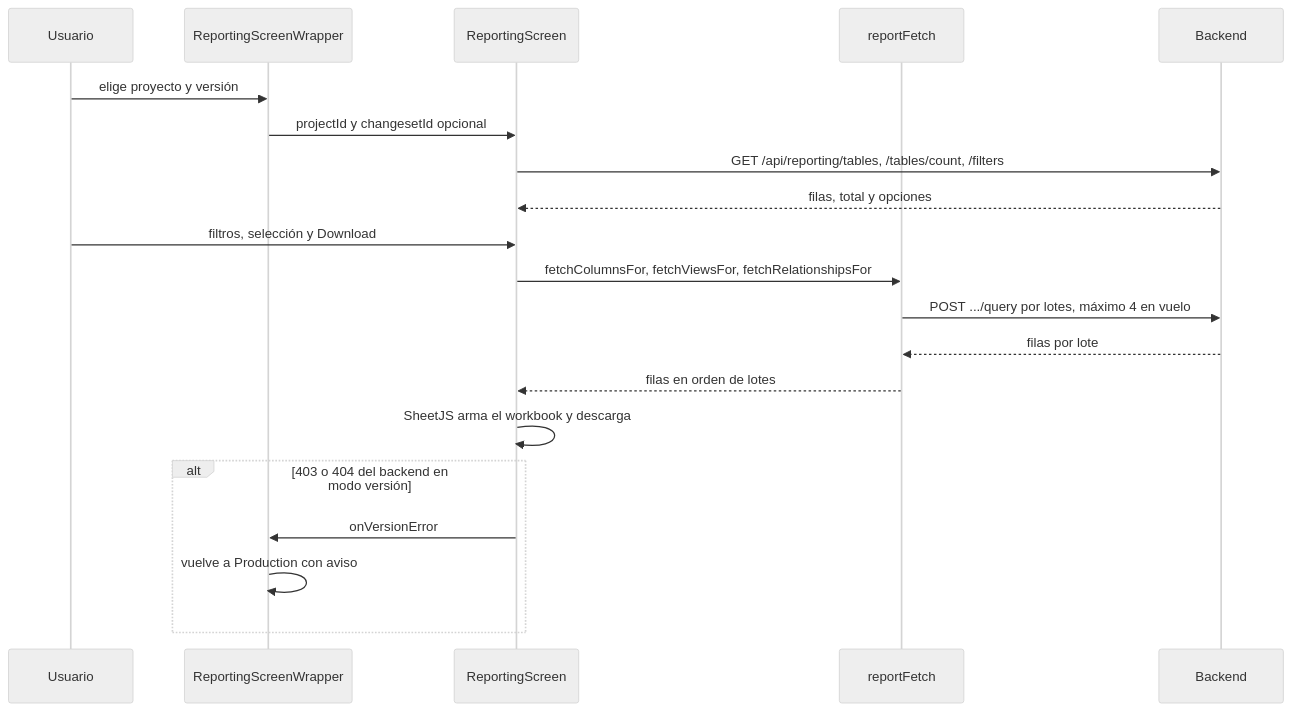
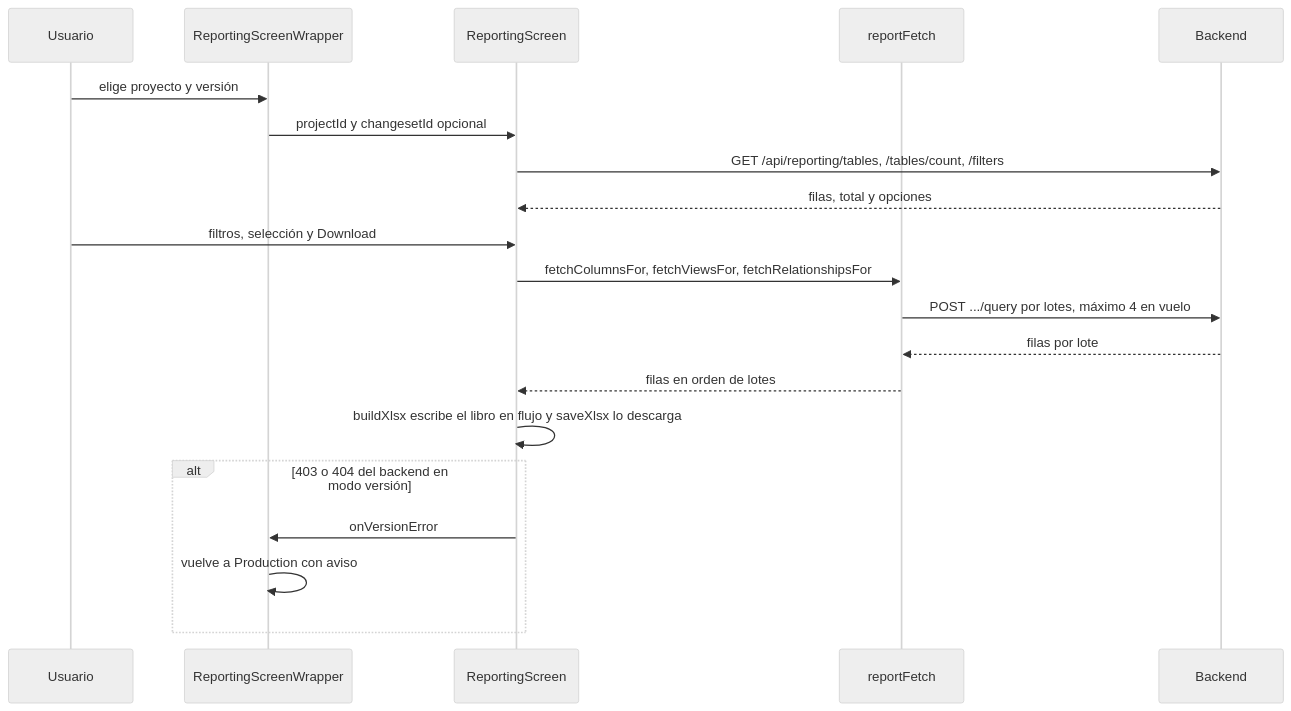
The ninth of 11 diagrams in docs/06-flujo-de-datos.md (Carlosmps97/web-data-model-hub), drawn with Mermaid (neutral theme) before and after one commit. The commit also changed other lines of this file and 37 other files, not shown here.

````diff
--- a/docs/06-flujo-de-datos.md
+++ b/docs/06-flujo-de-datos.md
@@ -945,23 +949,23 @@
 ```mermaid
 sequenceDiagram
   participant U as Usuario
   participant W as ReportingScreenWrapper
   participant RS as ReportingScreen
   participant RF as reportFetch
   participant API as Backend
 
   U->>W: elige proyecto y versión
   W->>RS: projectId y changesetId opcional
   RS->>API: GET /api/reporting/tables, /tables/count, /filters
   API-->>RS: filas, total y opciones
   U->>RS: filtros, selección y Download
   RS->>RF: fetchColumnsFor, fetchViewsFor, fetchRelationshipsFor
   RF->>API: POST .../query por lotes, máximo 4 en vuelo
   API-->>RF: filas por lote
   RF-->>RS: filas en orden de lotes
-  RS->>RS: SheetJS arma el workbook y descarga
+  RS->>RS: buildXlsx escribe el libro en flujo y saveXlsx lo descarga
   alt 403 o 404 del backend en modo versión
     RS->>W: onVersionError
     W->>W: vuelve a Production con aviso
   end
 ```
````
